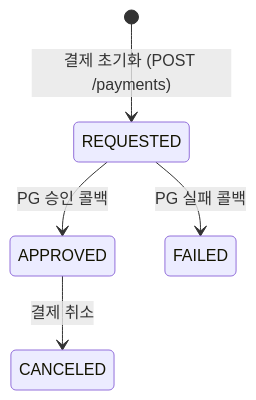
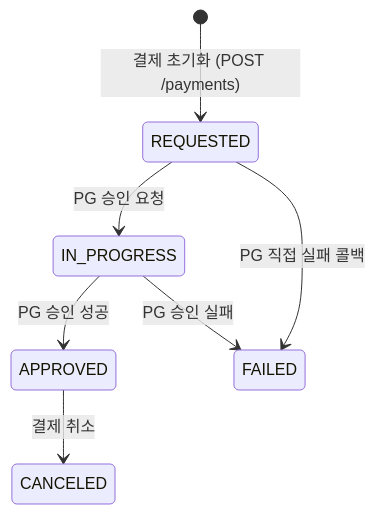
One commit to wocks1123/commerce-msa changed the third of 3 diagrams in README.md. Above: the diagram before and after it, drawn with Mermaid.

Commit message:
docs: Payment 상태전이 문서 갱신

````diff
--- a/README.md
+++ b/README.md
@@ -99,7 +99,9 @@
 ```mermaid
 stateDiagram-v2
     [*] --> REQUESTED: 결제 초기화 (POST /payments)
-    REQUESTED --> APPROVED: PG 승인 콜백
-    REQUESTED --> FAILED: PG 실패 콜백
+    REQUESTED --> IN_PROGRESS: PG 승인 요청
+    IN_PROGRESS --> APPROVED: PG 승인 성공
+    IN_PROGRESS --> FAILED: PG 승인 실패
+    REQUESTED --> FAILED: PG 직접 실패 콜백
     APPROVED --> CANCELED: 결제 취소
 ```
````
